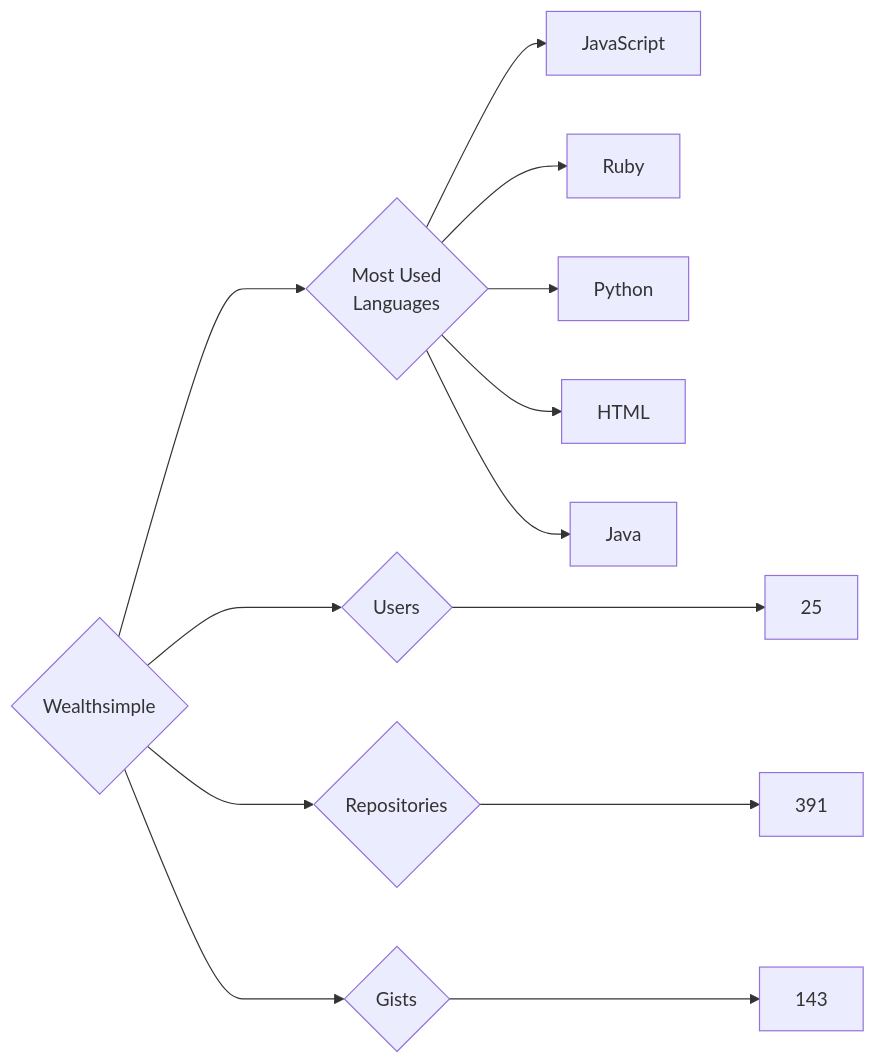
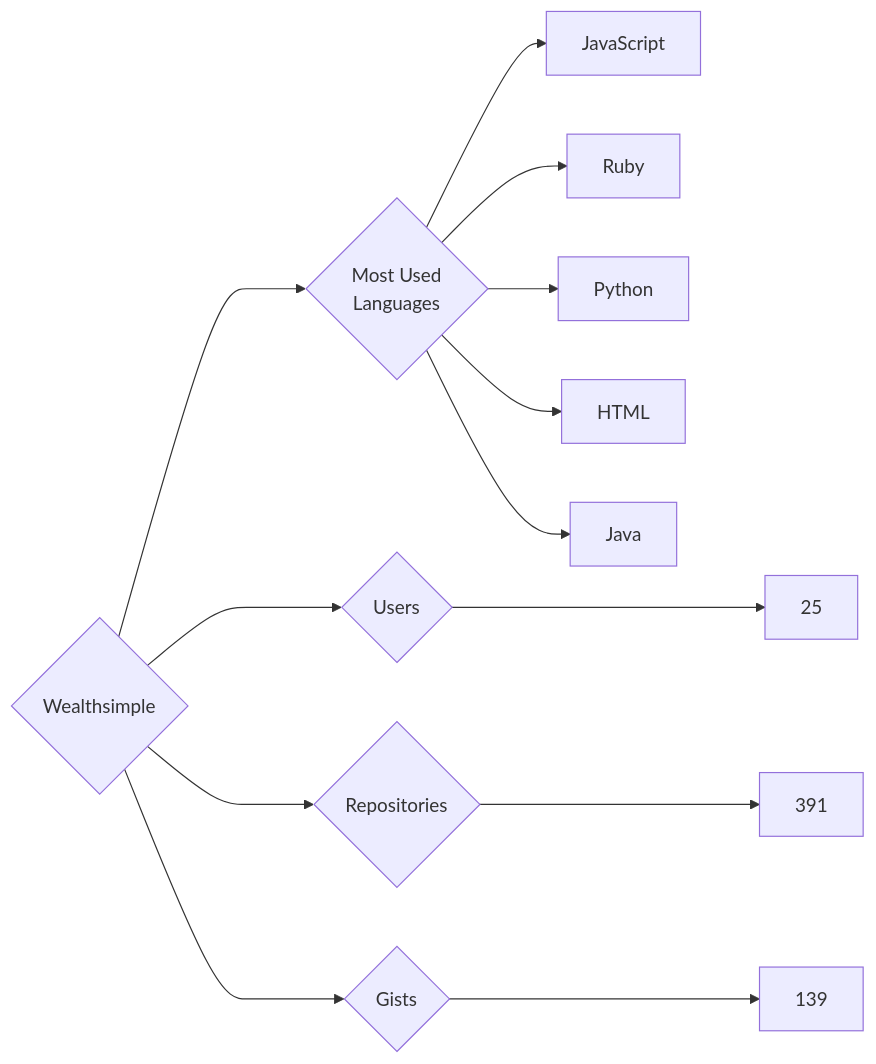
Before and after one commit to trickest/insiders: the diagram in targets/Wealthsimple/README.md, drawn with Mermaid. The commit also changed 898 other files, not shown here.

````diff
--- a/targets/Wealthsimple/README.md
+++ b/targets/Wealthsimple/README.md
@@ -3,13 +3,13 @@
 ```mermaid
 graph LR
 COMPANY_NAME{Wealthsimple}
 COMPANY_NAME ---> U{Users} ---> UN[25]
 COMPANY_NAME ---> R{Repositories} ---> RN[391]
-COMPANY_NAME ---> G{Gists} ---> GN[143]
+COMPANY_NAME ---> G{Gists} ---> GN[139]
 COMPANY_NAME ---> ML{Most Used<br>Languages}
 ML --> JavaScript[JavaScript]
 ML --> Ruby[Ruby]
 ML --> Python[Python]
 ML --> HTML[HTML]
 ML --> Java[Java]
 ```
````
